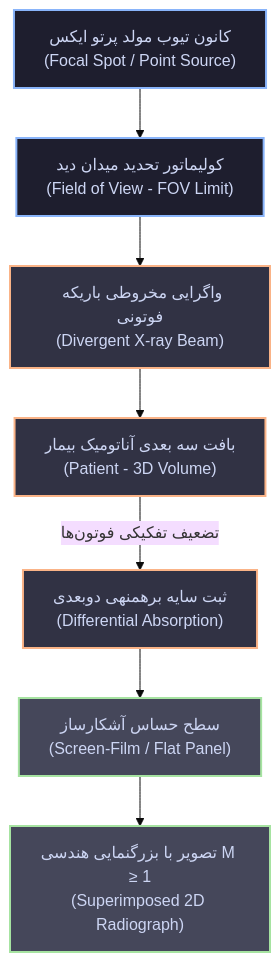
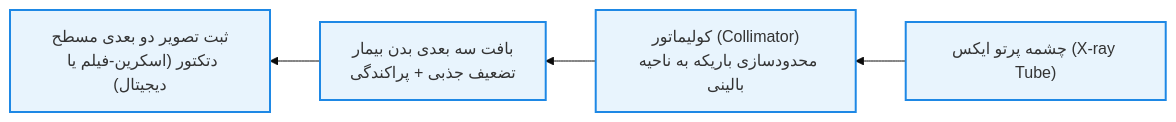
One commit to neopulse-hub/-TUMS-1402-2-material-notes- changed the first of 6 diagrams in 05/فیزیک پزشکی/پایان‌ترم/رادیوگرافی - مبانی فیزیک.md. Above: the diagram before and after it, drawn with Mermaid (base theme). The commit also changed other lines of this file, not shown here.

````diff
--- a/05/فیزیک پزشکی/پایان‌ترم/رادیوگرافی - مبانی فیزیک.md
+++ b/05/فیزیک پزشکی/پایان‌ترم/رادیوگرافی - مبانی فیزیک.md
@@ -16,18 +12,8 @@
 ```mermaid
-flowchart TD
-    classDef main fill:#1e1e2e,stroke:#89b4fa,stroke-width:2px,color:#cdd6f4;
-    classDef opt fill:#313244,stroke:#fab387,stroke-width:2px,color:#cdd6f4;
-    classDef out fill:#45475a,stroke:#a6e3a1,stroke-width:2px,color:#cdd6f4;
-
-    A["کانون تیوب مولد پرتو ایکس<br>(Focal Spot / Point Source)"] --> B["کولیماتور تحدید میدان دید<br>(Field of View - FOV Limit)"]
-    B --> C["واگرایی مخروطی باریکه فوتونی<br>(Divergent X-ray Beam)"]
-    C --> D["بافت سه بعدی آناتومیک بیمار<br>(Patient - 3D Volume)"]
-    D -->|تضعیف تفکیکی فوتون‌ها| E["ثبت سایه برهمنهی دوبعدی<br>(Differential Absorption)"]
-    E --> F["سطح حساس آشکارساز<br>(Screen-Film / Flat Panel)"]
-    F --> G["تصویر با بزرگنمایی هندسی M ≥ 1<br>(Superimposed 2D Radiograph)"]
-
-    class A,B main;
-    class C,D,E opt;
-    class F,G out;
-
+flowchart RL
+    A["چشمه پرتو ایکس (X-ray Tube)"] --> B["کولیماتور (Collimator)<br>محدودسازی باریکه به ناحیه بالینی"]
+    B --> C["بافت سه بعدی بدن بیمار<br>تضعیف جذبی + پراکندگی"]
+    C --> D["ثبت تصویر دو بعدی مسطح<br>دتکتور (اسکرین-فیلم یا دیجیتال)"]
+    classDef step fill:#e8f4fd,stroke:#1e88e5,stroke-width:2px;
+    class A,B,C,D step;
 ```
````
